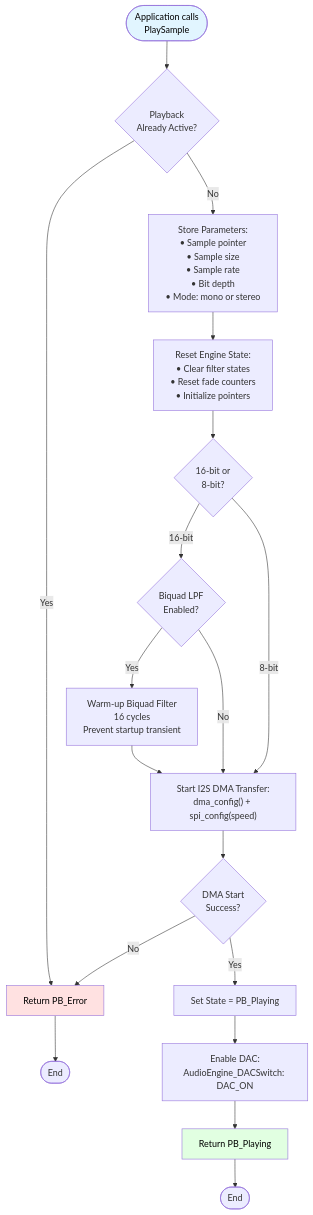
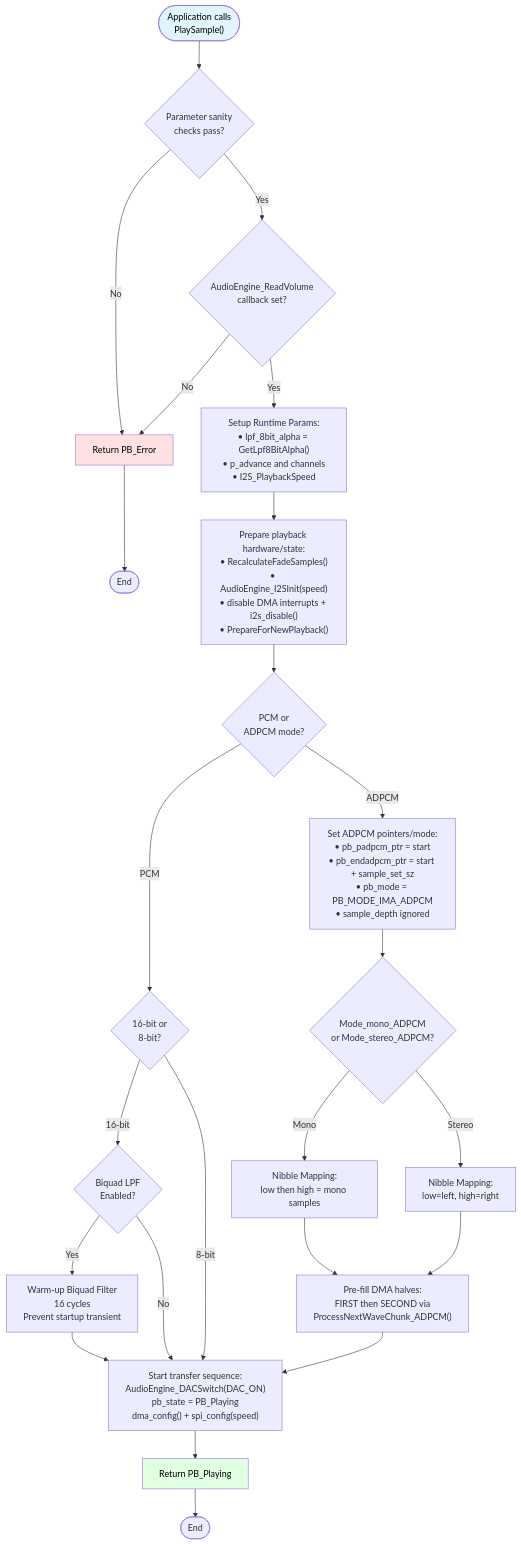
One commit to JennyDigital/GD32WavePlayer changed the second of 11 diagrams in Docs/AUDIO_ENGINE_FLOWCHART.md. Above: the diagram before and after it, drawn with Mermaid. The commit also changed other lines of this file and 27 other files, not shown here.

````diff
--- a/Docs/AUDIO_ENGINE_FLOWCHART.md
+++ b/Docs/AUDIO_ENGINE_FLOWCHART.md
@@ -72,34 +78,39 @@
 ```mermaid
 flowchart TD
-  Start([Application calls<br/>PlaySample]) --> CheckState{Playback<br/>Already Active?}
+  Start(["Application calls<br/>PlaySample()"]) --> ParamCheck{Parameter sanity<br/>checks pass?}
   
-  CheckState -->|Yes| ReturnError[Return PB_Error]
-  CheckState -->|No| StoreParams["Store Parameters:<br/>• Sample pointer<br/>• Sample size<br/>• Sample rate<br/>• Bit depth<br/>• Mode: mono or stereo"]
+  ParamCheck -->|No| ReturnError[Return PB_Error]
+  ParamCheck -->|Yes| CheckVolCb{AudioEngine_ReadVolume<br/>callback set?}
+
+  CheckVolCb -->|No| ReturnError
+  CheckVolCb -->|Yes| StoreParams["Setup Runtime Params:<br/>• lpf_8bit_alpha = GetLpf8BitAlpha()<br/>• p_advance and channels<br/>• I2S_PlaybackSpeed"]
   
-  StoreParams --> ResetState["Reset Engine State:<br/>• Clear filter states<br/>• Reset fade counters<br/>• Initialize pointers"]
+  StoreParams --> ResetState["Prepare playback hardware/state:<br/>• RecalculateFadeSamples()<br/>• AudioEngine_I2SInit(speed)<br/>• disable DMA interrupts + i2s_disable()<br/>• PrepareForNewPlayback()"]
   
-  ResetState --> CheckDepth{16-bit or<br/>8-bit?}
+  ResetState --> CheckMode{PCM or<br/>ADPCM mode?}
   
+  CheckMode -->|PCM| CheckDepth{16-bit or<br/>8-bit?}
+  CheckMode -->|ADPCM| SetupADPCM["Set ADPCM pointers/mode:<br/>• pb_padpcm_ptr = start<br/>• pb_endadpcm_ptr = start + sample_set_sz<br/>• pb_mode = PB_MODE_IMA_ADPCM<br/>• sample_depth ignored"]
+
+  SetupADPCM --> CheckAdpcmStereo{Mode_mono_ADPCM<br/>or Mode_stereo_ADPCM?}
+  CheckAdpcmStereo -->|Mono| AdpcmMapMono["Nibble Mapping:<br/>low then high = mono samples"]
+  CheckAdpcmStereo -->|Stereo| AdpcmMapStereo["Nibble Mapping:<br/>low=left, high=right"]
+  AdpcmMapMono --> PrefillADPCM["Pre-fill DMA halves:<br/>FIRST then SECOND via<br/>ProcessNextWaveChunk_ADPCM()"]
+  AdpcmMapStereo --> PrefillADPCM
+  PrefillADPCM --> StartDMA
+
   CheckDepth -->|16-bit| Check16Filters{Biquad LPF<br/>Enabled?}
   CheckDepth -->|8-bit| StartDMA
   
   Check16Filters -->|Yes| Warmup["Warm-up Biquad Filter<br/>16 cycles<br/>Prevent startup transient"]
   Check16Filters -->|No| StartDMA
   
-  Warmup --> StartDMA["Start I2S DMA Transfer:<br/>dma_config() + spi_config(speed)"]
-  
-  StartDMA --> CheckDMAResult{DMA Start<br/>Success?}
-  
-  CheckDMAResult -->|No| ReturnError
-  CheckDMAResult -->|Yes| SetState["Set State = PB_Playing"]
-  
-  SetState --> EnableDAC["Enable DAC:<br/>AudioEngine_DACSwitch: DAC_ON"]
-  
-  EnableDAC --> ReturnSuccess[Return PB_Playing]
+  Warmup --> StartDMA["Start transfer sequence:<br/>AudioEngine_DACSwitch(DAC_ON)<br/>pb_state = PB_Playing<br/>dma_config() + spi_config(speed)"]
+  StartDMA --> ReturnSuccess[Return PB_Playing]
   ReturnError --> End1([End])
   ReturnSuccess --> End2([End])
 
   style Start fill:#e1f5ff,color:#000000
   style ReturnSuccess fill:#e1ffe1,color:#000000
   style ReturnError fill:#ffe1e1,color:#000000
 ```
````
